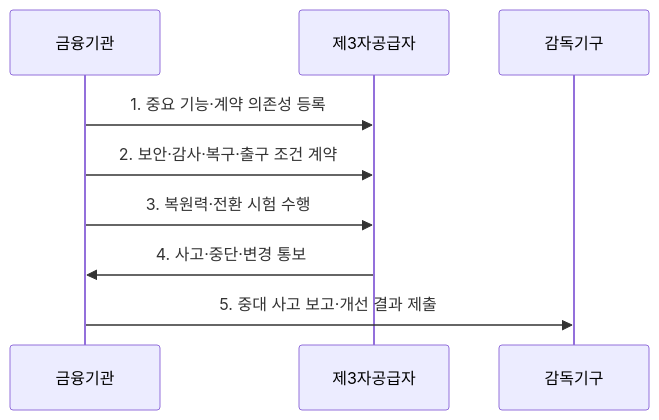
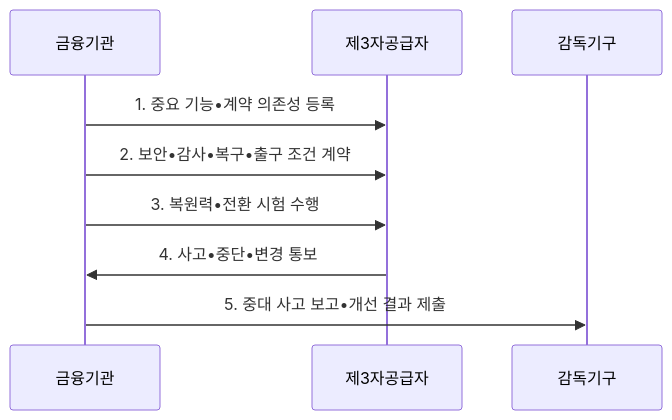
One commit to agnusdei1207/knowledge-base changed the second of 2 diagrams in src/content/docs/notes/07-law-policy/034_eu_dora.md. Above: the diagram before and after it, drawn with Mermaid. The commit also changed other lines of this file and 953 other files, not shown here.

````diff
--- a/src/content/docs/notes/07-law-policy/034_eu_dora.md
+++ b/src/content/docs/notes/07-law-policy/034_eu_dora.md
@@ -107,11 +107,11 @@
 ```mermaid
 sequenceDiagram
     participant F as 금융기관
     participant T as 제3자공급자
     participant A as 감독기구
-    F->>T: 1. 중요 기능·계약 의존성 등록
-    F->>T: 2. 보안·감사·복구·출구 조건 계약
-    F->>T: 3. 복원력·전환 시험 수행
-    T->>F: 4. 사고·중단·변경 통보
-    F->>A: 5. 중대 사고 보고·개선 결과 제출
+    F->>T: 1. 중요 기능•계약 의존성 등록
+    F->>T: 2. 보안•감사•복구•출구 조건 계약
+    F->>T: 3. 복원력•전환 시험 수행
+    T->>F: 4. 사고•중단•변경 통보
+    F->>A: 5. 중대 사고 보고•개선 결과 제출
 ```
````
